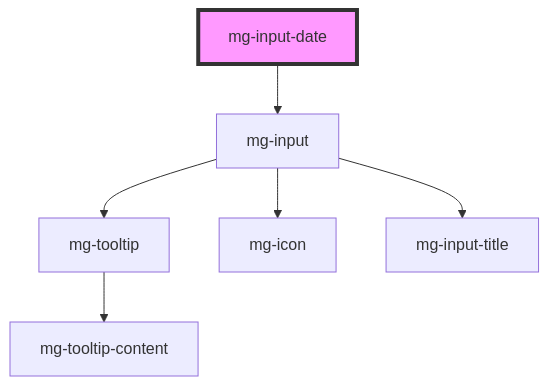
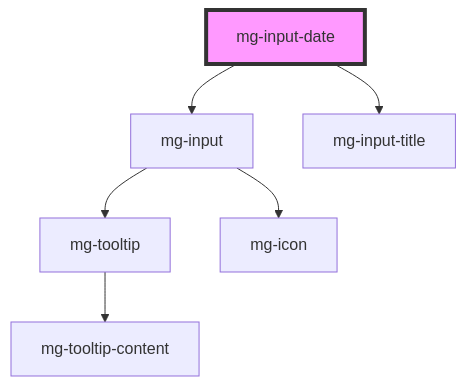
One commit to MGDIS/core-ui changed the diagram in packages/mg-components/src/components/molecules/inputs/mg-input-date/readme.md. Above: the diagram before and after it, drawn with Mermaid. The commit also changed other lines of this file and 50 other files, not shown here.

````diff
--- a/packages/mg-components/src/components/molecules/inputs/mg-input-date/readme.md
+++ b/packages/mg-components/src/components/molecules/inputs/mg-input-date/readme.md
@@ -82,9 +83,9 @@
 ```mermaid
 graph TD;
   mg-input-date --> mg-input
+  mg-input-date --> mg-input-title
   mg-input --> mg-tooltip
   mg-input --> mg-icon
-  mg-input --> mg-input-title
   mg-tooltip --> mg-tooltip-content
   style mg-input-date fill:#f9f,stroke:#333,stroke-width:4px
 ```
````
